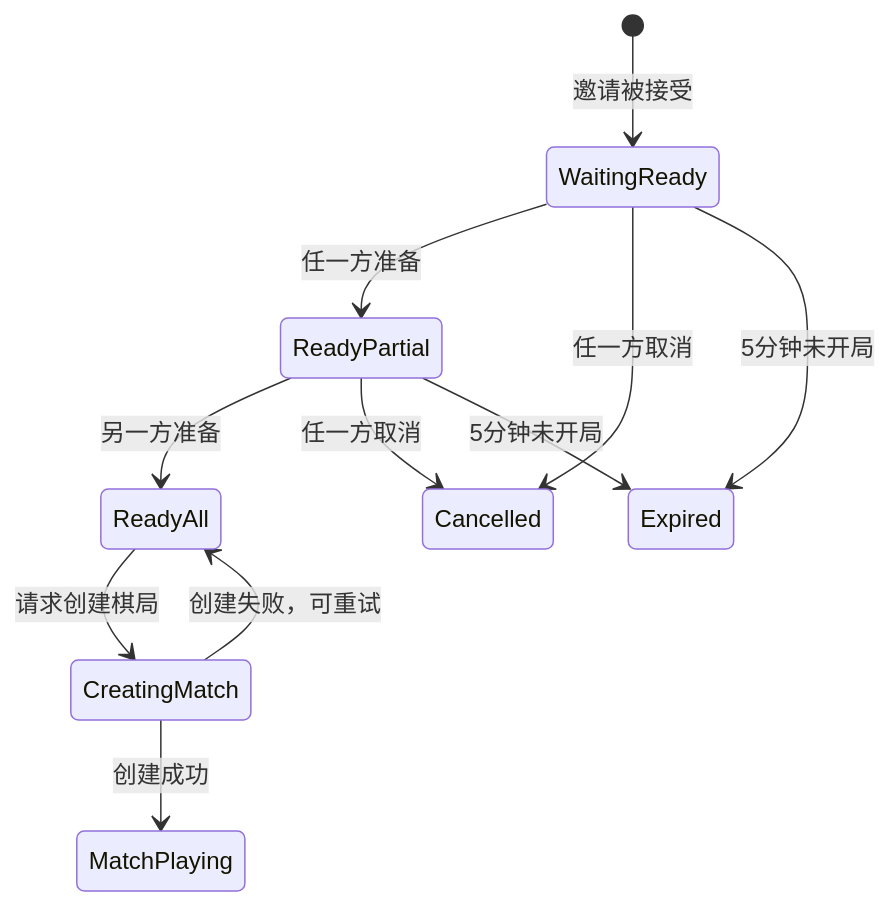
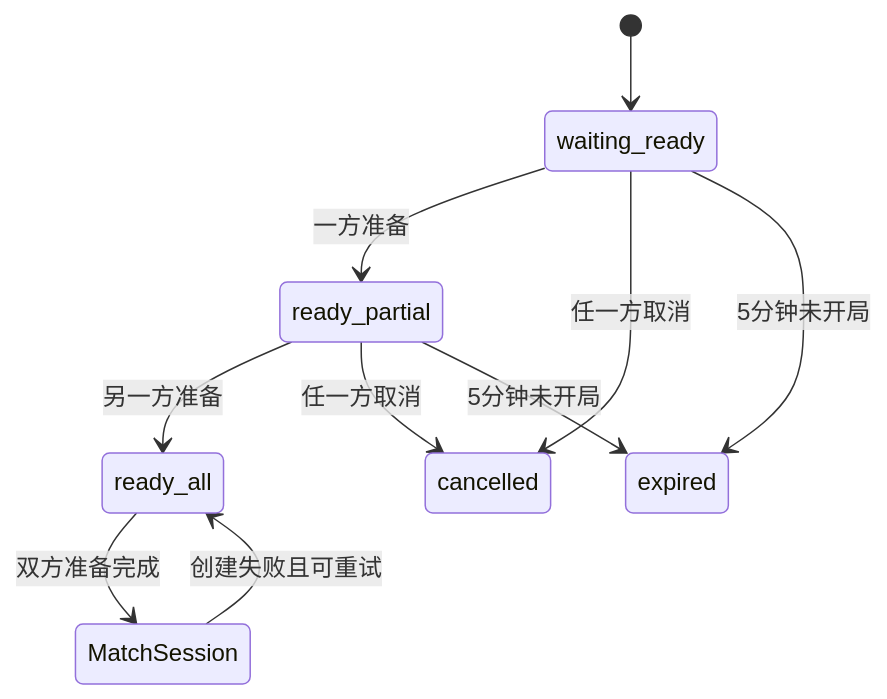
One commit to black605/product-architecture-requirements changed the second of 2 diagrams in tests/gomoku-case-d/latest-response.md. Above: the diagram before and after it, drawn with Mermaid. The commit also changed other lines of this file and 385 other files, not shown here.

````diff
--- a/tests/gomoku-case-d/latest-response.md
+++ b/tests/gomoku-case-d/latest-response.md
@@ -73,13 +84,12 @@
 ```mermaid
 stateDiagram-v2
-    [*] --> WaitingReady: 邀请被接受
-    WaitingReady --> ReadyPartial: 任一方准备
-    ReadyPartial --> ReadyAll: 另一方准备
-    WaitingReady --> Cancelled: 任一方取消
-    ReadyPartial --> Cancelled: 任一方取消
-    WaitingReady --> Expired: 5分钟未开局
-    ReadyPartial --> Expired: 5分钟未开局
-    ReadyAll --> CreatingMatch: 请求创建棋局
-    CreatingMatch --> ReadyAll: 创建失败，可重试
-    CreatingMatch --> MatchPlaying: 创建成功
+    [*] --> waiting_ready
+    waiting_ready --> ready_partial: 一方准备
+    ready_partial --> ready_all: 另一方准备
+    waiting_ready --> cancelled: 任一方取消
+    ready_partial --> cancelled: 任一方取消
+    waiting_ready --> expired: 5分钟未开局
+    ready_partial --> expired: 5分钟未开局
+    ready_all --> MatchSession: 双方准备完成
+    MatchSession --> ready_all: 创建失败且可重试
 ```
````
